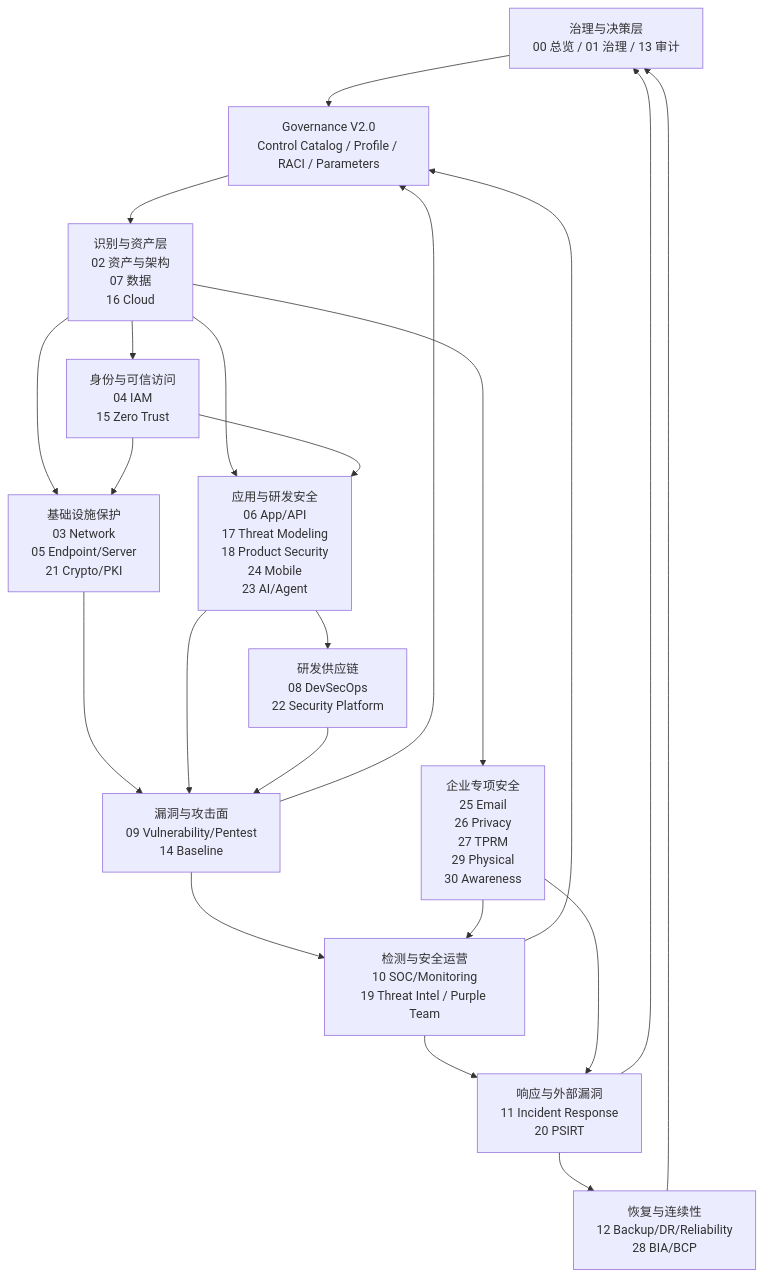
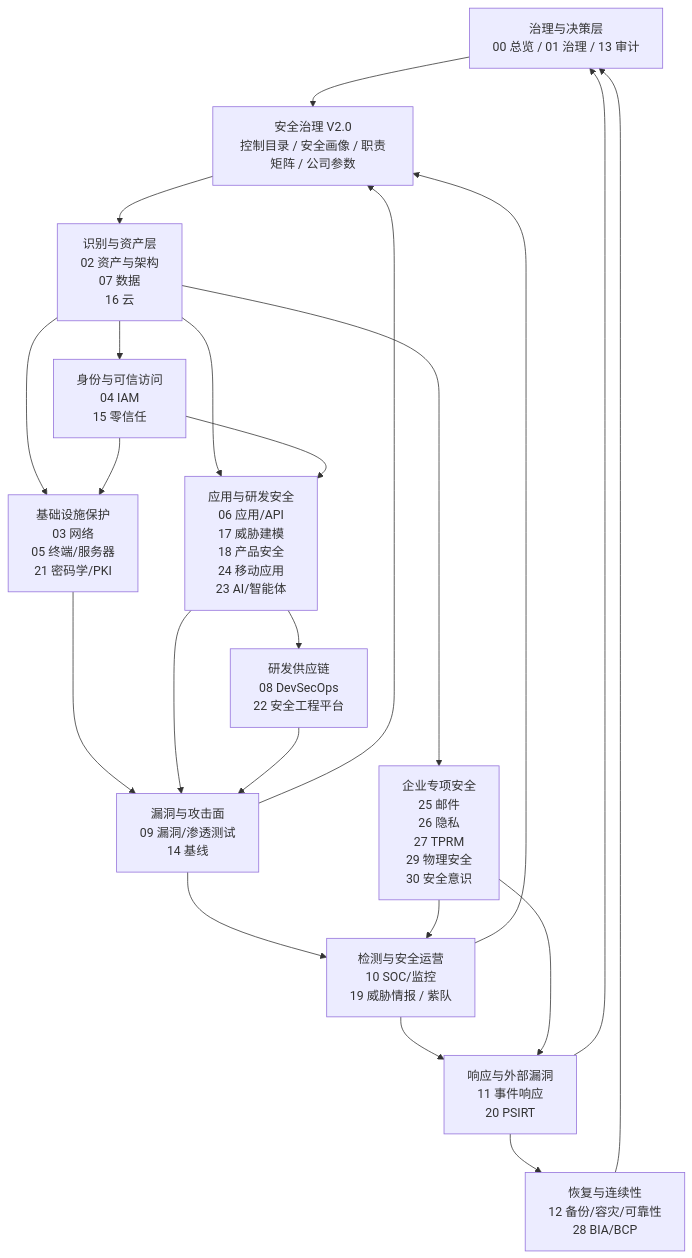
The first of 10 diagrams in docs/公司安全知识图谱.md (xiaochen201807/company-network-security-docs), drawn with Mermaid before and after one commit. The commit also changed other lines of this file and 81 other files, not shown here.

```diff
--- a/docs/公司安全知识图谱.md
+++ b/docs/公司安全知识图谱.md
@@ -65,54 +65,54 @@
 ~~~mermaid
 flowchart TB
     GOV["治理与决策层<br/>00 总览 / 01 治理 / 13 审计"]
 
-    CTRL["Governance V2.0<br/>Control Catalog / Profile / RACI / Parameters"]
+    CTRL["安全治理 V2.0<br/>控制目录 / 安全画像 / 职责矩阵 / 公司参数"]
 
-    ASSET["识别与资产层<br/>02 资产与架构<br/>07 数据<br/>16 Cloud"]
+    ASSET["识别与资产层<br/>02 资产与架构<br/>07 数据<br/>16 云"]
 
-    ID["身份与可信访问<br/>04 IAM<br/>15 Zero Trust"]
+    ID["身份与可信访问<br/>04 IAM<br/>15 零信任"]
 
-    INFRA["基础设施保护<br/>03 Network<br/>05 Endpoint/Server<br/>21 Crypto/PKI"]
+    INFRA["基础设施保护<br/>03 网络<br/>05 终端/服务器<br/>21 密码学/PKI"]
 
-    APP["应用与研发安全<br/>06 App/API<br/>17 Threat Modeling<br/>18 Product Security<br/>24 Mobile<br/>23 AI/Agent"]
+    APP["应用与研发安全<br/>06 应用/API<br/>17 威胁建模<br/>18 产品安全<br/>24 移动应用<br/>23 AI/智能体"]
 
-    SUPPLY["研发供应链<br/>08 DevSecOps<br/>22 Security Platform"]
+    SUPPLY["研发供应链<br/>08 DevSecOps<br/>22 安全工程平台"]
 
-    VULN["漏洞与攻击面<br/>09 Vulnerability/Pentest<br/>14 Baseline"]
+    VULN["漏洞与攻击面<br/>09 漏洞/渗透测试<br/>14 基线"]
 
-    DETECT["检测与安全运营<br/>10 SOC/Monitoring<br/>19 Threat Intel / Purple Team"]
+    DETECT["检测与安全运营<br/>10 SOC/监控<br/>19 威胁情报 / 紫队"]
 
-    RESP["响应与外部漏洞<br/>11 Incident Response<br/>20 PSIRT"]
+    RESP["响应与外部漏洞<br/>11 事件响应<br/>20 PSIRT"]
 
-    RES["恢复与连续性<br/>12 Backup/DR/Reliability<br/>28 BIA/BCP"]
+    RES["恢复与连续性<br/>12 备份/容灾/可靠性<br/>28 BIA/BCP"]
 
-    SPECIAL["企业专项安全<br/>25 Email<br/>26 Privacy<br/>27 TPRM<br/>29 Physical<br/>30 Awareness"]
+    SPECIAL["企业专项安全<br/>25 邮件<br/>26 隐私<br/>27 TPRM<br/>29 物理安全<br/>30 安全意识"]
 
     GOV --> CTRL
     CTRL --> ASSET
 
     ASSET --> ID
     ASSET --> INFRA
     ASSET --> APP
     ASSET --> SPECIAL
 
     ID --> APP
     ID --> INFRA
 
     INFRA --> VULN
     APP --> SUPPLY
     APP --> VULN
     SUPPLY --> VULN
 
     VULN --> DETECT
     DETECT --> RESP
     RESP --> RES
 
     SPECIAL --> DETECT
     SPECIAL --> RESP
 
     RES --> GOV
     RESP --> GOV
     VULN --> CTRL
     DETECT --> CTRL
 ~~~
```
